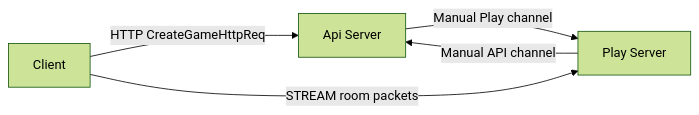
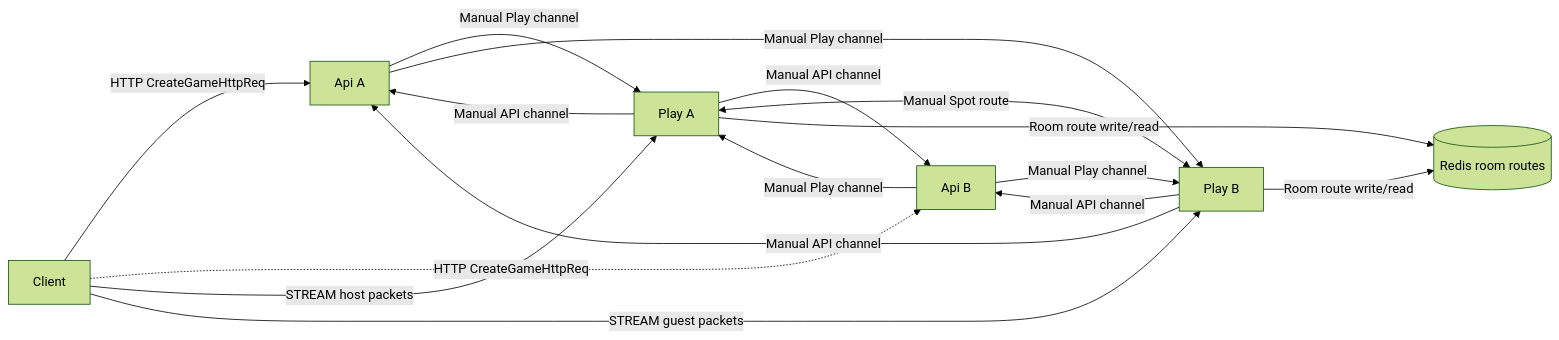
Before and after one commit to kairos-code-dev/zlink: the first of 5 diagrams in framework/doc/framework/common/sample/tictactoe/README.ko.md, drawn with Mermaid (forest theme). The commit also changed other lines of this file and 44 other files, not shown here.

````diff
--- a/framework/doc/framework/common/sample/tictactoe/README.ko.md
+++ b/framework/doc/framework/common/sample/tictactoe/README.ko.md
@@ -39,11 +52,25 @@
 ```mermaid
 graph LR
     C[Client]
-    API[Api Server]
-    PLAY[Play Server]
+    APIA[Api A]
+    APIB[Api B]
+    PLAYA[Play A]
+    PLAYB[Play B]
+    REDIS[(Redis room routes)]
 
-    C -->|HTTP CreateGameHttpReq| API
-    API -->|Manual Play channel| PLAY
-    PLAY -->|Manual API channel| API
-    C -->|STREAM room packets| PLAY
+    C -->|HTTP CreateGameHttpReq| APIA
+    C -.->|HTTP CreateGameHttpReq| APIB
+    APIA -->|Manual Play channel| PLAYA
+    APIA -->|Manual Play channel| PLAYB
+    APIB -->|Manual Play channel| PLAYA
+    APIB -->|Manual Play channel| PLAYB
+    PLAYA -->|Manual API channel| APIA
+    PLAYA -->|Manual API channel| APIB
+    PLAYB -->|Manual API channel| APIA
+    PLAYB -->|Manual API channel| APIB
+    PLAYA <-->|Manual Spot route| PLAYB
+    PLAYA -->|Room route write/read| REDIS
+    PLAYB -->|Room route write/read| REDIS
+    C -->|STREAM host packets| PLAYA
+    C -->|STREAM guest packets| PLAYB
 ```
````
